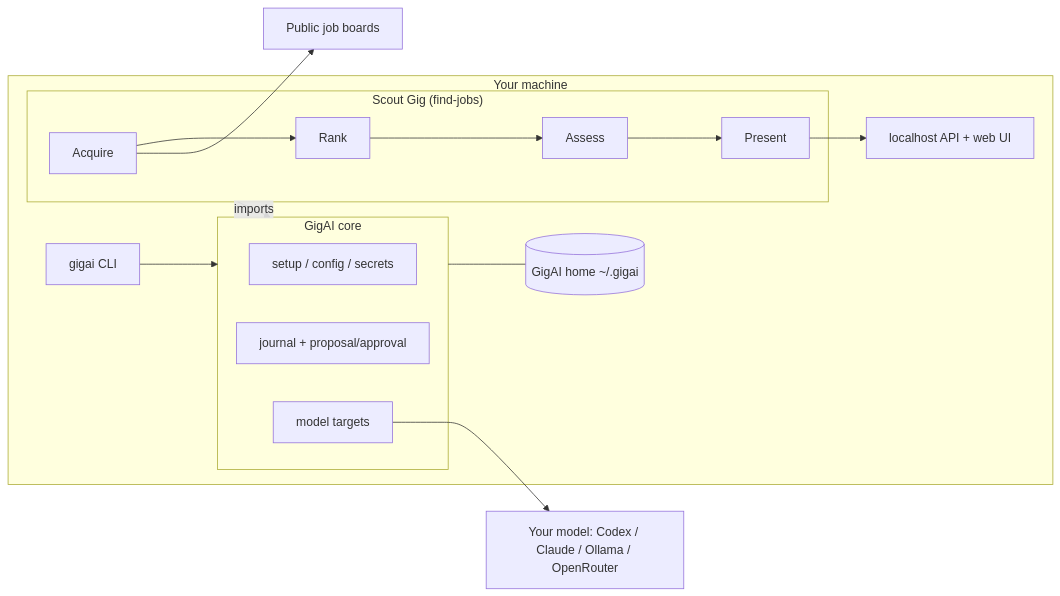
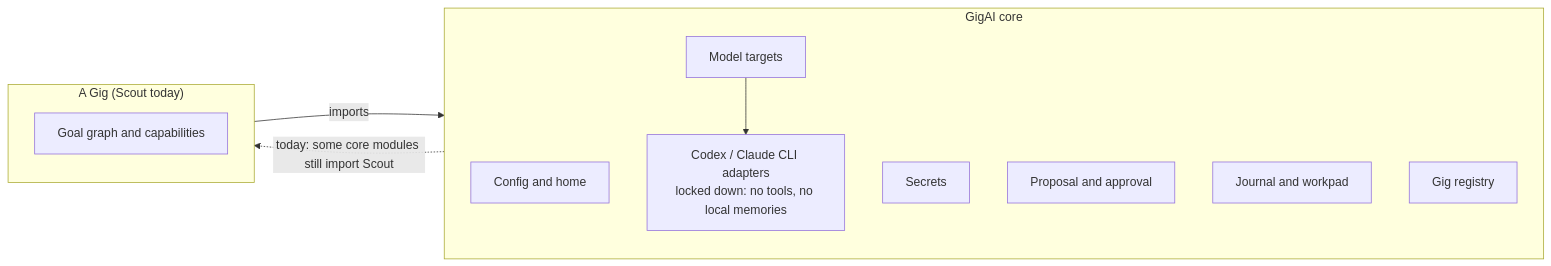
One commit to karthik446/gigai changed the diagram in gigai-docs/src/content/docs/concepts/architecture.md. Above: the diagram before and after it, drawn with Mermaid. The commit also changed other lines of this file and 8 other files, not shown here.

Commit message:
docs: Mermaid diagrams (core vs Gigs, goal graph, Scout end to end with the privacy boundary), a GigAI roadmap page, and an honest boundary statement

````diff
--- a/gigai-docs/src/content/docs/concepts/architecture.md
+++ b/gigai-docs/src/content/docs/concepts/architecture.md
@@ -10,20 +26,18 @@
 ```mermaid
 flowchart LR
-  subgraph machine["Your machine"]
-    CLI["gigai CLI"] --> Core
-    subgraph Core["GigAI core"]
-      Setup["setup / config / secrets"]
-      Journal["journal + proposal/approval"]
-      Targets["model targets"]
-    end
-    subgraph Scout["Scout Gig (find-jobs)"]
-      Acquire --> Rank --> Assess --> Present
-    end
-    Scout -- imports --> Core
-    Present --> UI["localhost API + web UI"]
-    Home[("GigAI home ~/.gigai")]
-    Core --- Home
+  subgraph Core["GigAI core"]
+    Config["Config and home"]
+    Secrets["Secrets"]
+    Targets["Model targets"]
+    Adapters["Codex / Claude CLI adapters<br/>locked down: no tools, no local memories"]
+    Life["Proposal and approval"]
+    Journal["Journal and workpad"]
+    Registry["Gig registry"]
   end
-  Targets --> Model["Your model: Codex / Claude / Ollama / OpenRouter"]
-  Acquire --> Boards["Public job boards"]
+  subgraph Gig["A Gig (Scout today)"]
+    Nodes["Goal graph and capabilities"]
+  end
+  Gig -- "imports" --> Core
+  Core -. "today: some core modules still import Scout" .-> Gig
+  Targets --> Adapters
 ```
````
